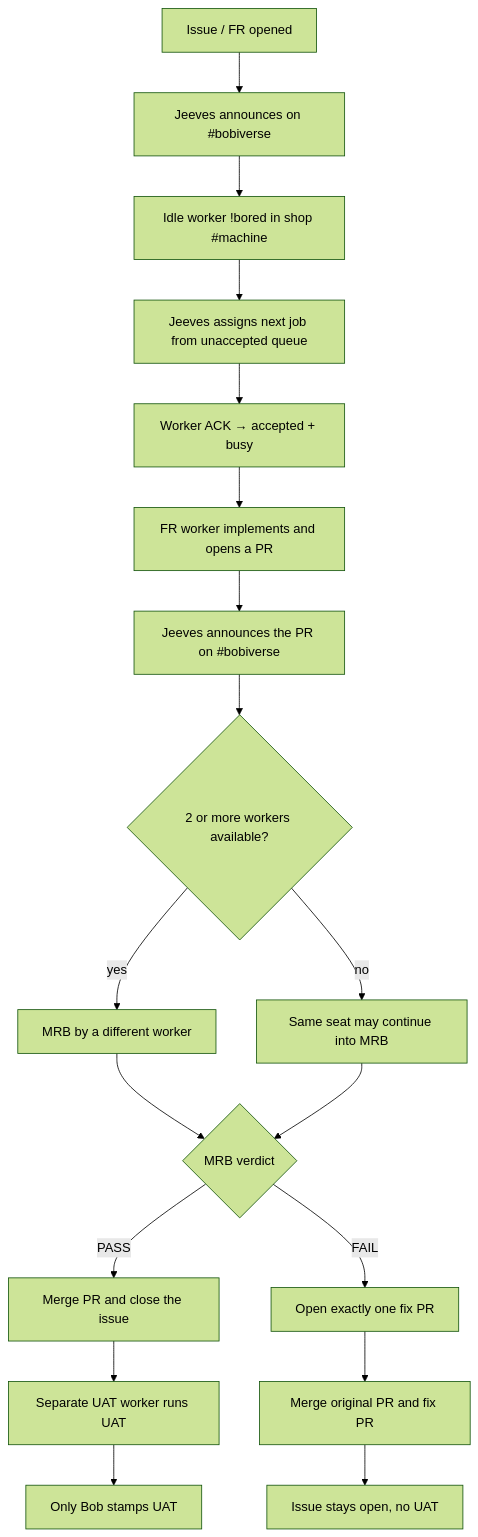
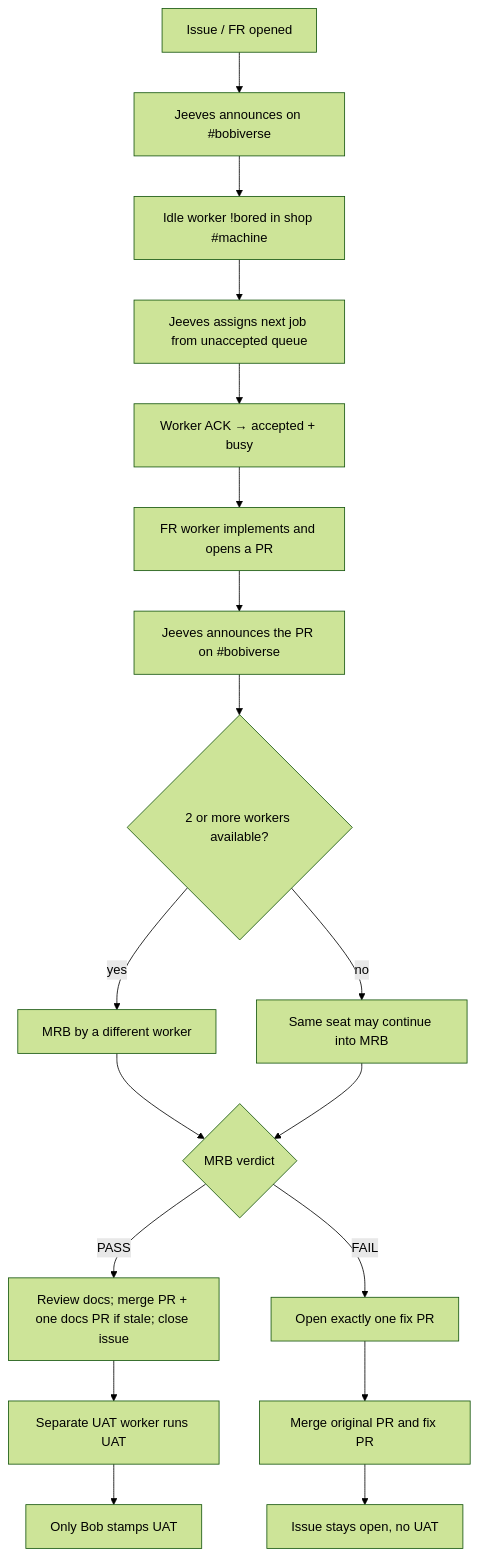
One commit to SimonBarnett/agentic_build changed the fifth of 5 diagrams in README.md. Above: the diagram before and after it, drawn with Mermaid (forest theme). The commit also changed other lines of this file, not shown here.

Commit message:
Document post-PASS documentation review in README

````diff
--- a/README.md
+++ b/README.md
@@ -202,20 +200,20 @@
 ```mermaid
 flowchart TD
   A["Issue / FR opened"] --> B["Jeeves announces on #bobiverse"]
   B --> C["Idle worker !bored in shop #machine"]
   C --> D["Jeeves assigns next job from unaccepted queue"]
   D --> E["Worker ACK → accepted + busy"]
   E --> F["FR worker implements and opens a PR"]
   F --> G["Jeeves announces the PR on #bobiverse"]
   G --> H{"2 or more workers available?"}
   H -->|yes| I["MRB by a different worker"]
   H -->|no| J["Same seat may continue into MRB"]
   I --> K{"MRB verdict"}
   J --> K
-  K -->|PASS| L["Merge PR and close the issue"]
+  K -->|PASS| L["Review docs; merge PR + one docs PR if stale; close issue"]
   L --> M["Separate UAT worker runs UAT"]
   M --> N["Only Bob stamps UAT"]
   K -->|FAIL| O["Open exactly one fix PR"]
   O --> P["Merge original PR and fix PR"]
   P --> Q["Issue stays open, no UAT"]
 ```
````
